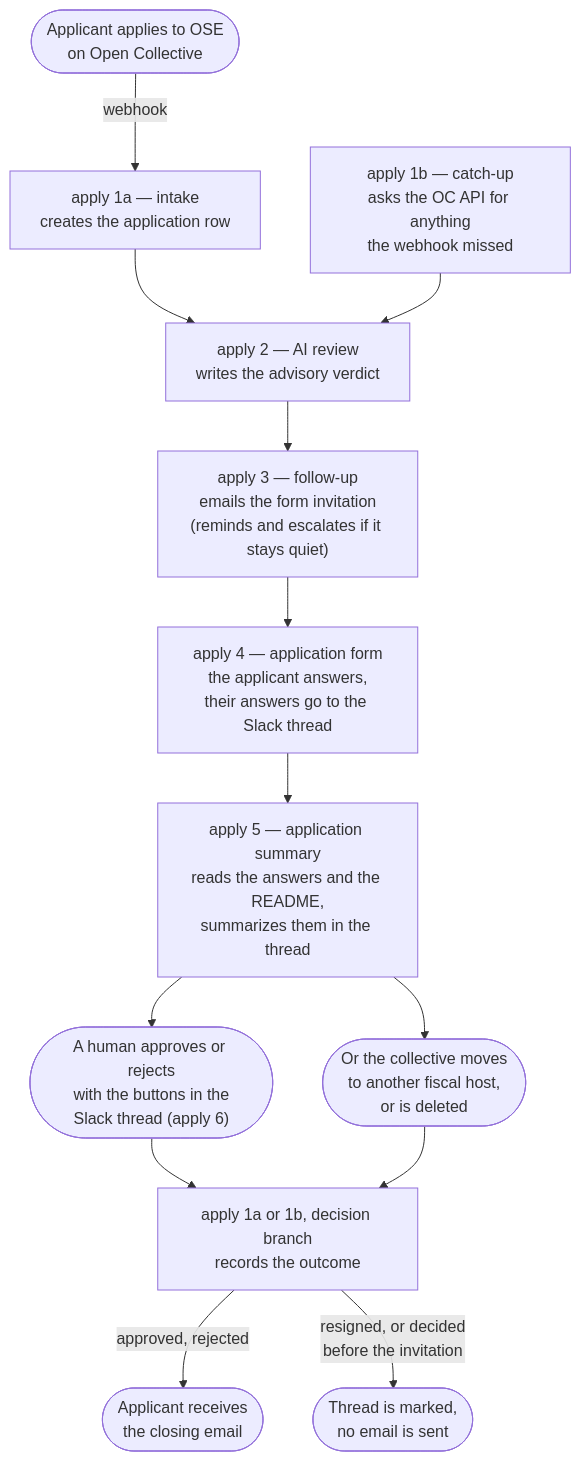
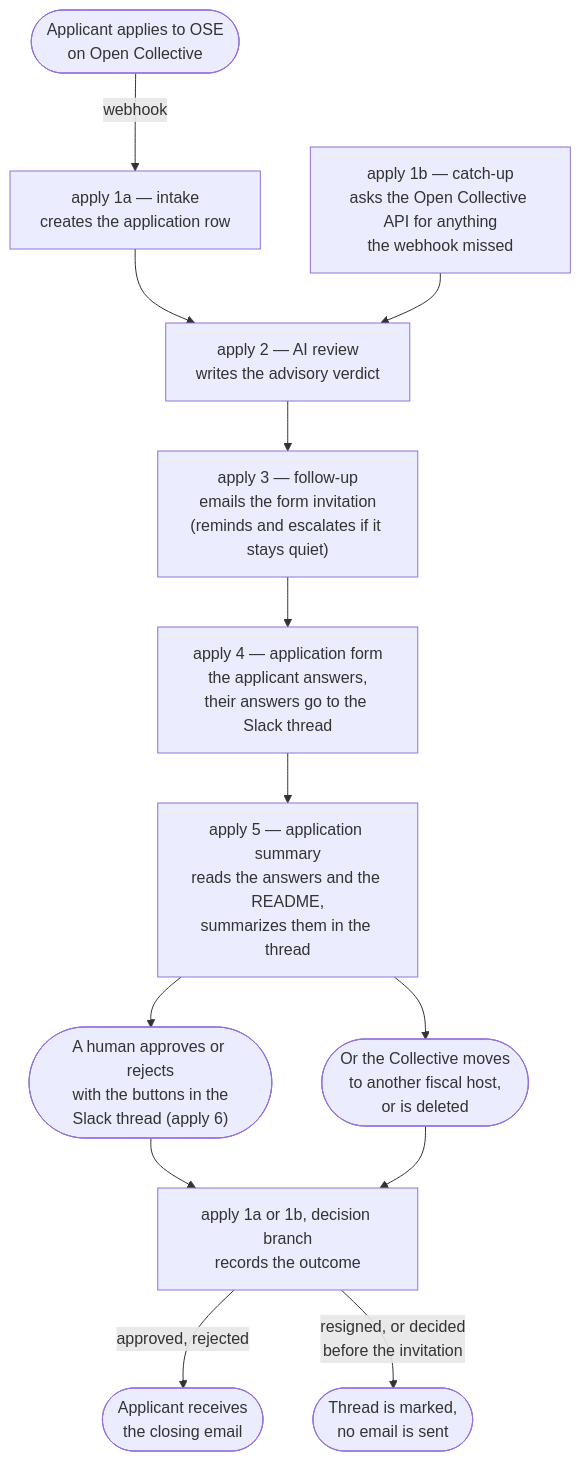
One commit to opensourceeurope/community changed the diagram in automation/README.md. Above: the diagram before and after it, drawn with Mermaid. The commit also changed other lines of this file and 9 other files, not shown here.

````diff
--- a/automation/README.md
+++ b/automation/README.md
@@ -151,17 +150,17 @@
 ```mermaid
 flowchart TD
     START(["Applicant applies to OSE<br>on Open Collective"])
     START -->|"webhook"| A1a["apply 1a — intake<br>creates the application row"]
-    A1b["apply 1b — catch-up<br>asks the OC API for anything<br>the webhook missed"]
+    A1b["apply 1b — catch-up<br>asks the Open Collective API for anything<br>the webhook missed"]
     A1a --> A2["apply 2 — AI review<br>writes the advisory verdict"]
     A1b --> A2
     A2 --> A3["apply 3 — follow-up<br>emails the form invitation<br>(reminds and escalates if it stays quiet)"]
     A3 --> A4["apply 4 — application form<br>the applicant answers,<br>their answers go to the Slack thread"]
     A4 --> A5s["apply 5 — application summary<br>reads the answers and the README,<br>summarizes them in the thread"]
     A5s --> HUMAN(["A human approves or rejects<br>with the buttons in the<br>Slack thread (apply 6)"])
-    A5s --> GONE(["Or the collective moves<br>to another fiscal host,<br>or is deleted"])
+    A5s --> GONE(["Or the Collective moves<br>to another fiscal host,<br>or is deleted"])
     HUMAN --> A5["apply 1a or 1b, decision branch<br>records the outcome"]
     GONE --> A5
     A5 -->|"approved, rejected"| END(["Applicant receives<br>the closing email"])
     A5 -->|"resigned, or decided<br>before the invitation"| MARK(["Thread is marked,<br>no email is sent"])
 ```
````
